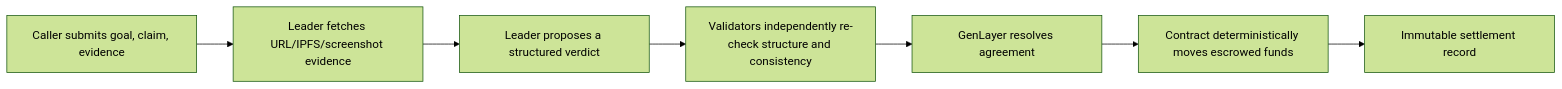
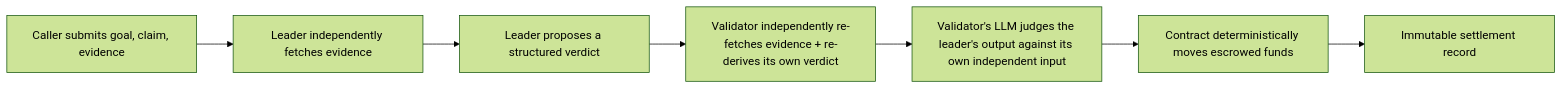
Before and after one commit to Fortune9thx/agent-intent-settlement: the diagram in README.md, drawn with Mermaid (forest theme). The commit also changed other lines of this file and 7 other files, not shown here.

````diff
--- a/README.md
+++ b/README.md
@@ -25,9 +25,9 @@
 ```mermaid
 flowchart LR
-    A[Caller submits goal, claim, evidence] --> B[Leader fetches URL/IPFS/screenshot evidence]
+    A[Caller submits goal, claim, evidence] --> B[Leader independently fetches evidence]
     B --> C[Leader proposes a structured verdict]
-    C --> D[Validators independently re-check structure and consistency]
-    D --> E[GenLayer resolves agreement]
+    C --> D[Validator independently re-fetches evidence + re-derives its own verdict]
+    D --> E[Validator's LLM judges the leader's output against its own independent input]
     E --> F[Contract deterministically moves escrowed funds]
     F --> G[Immutable settlement record]
 ```
````
